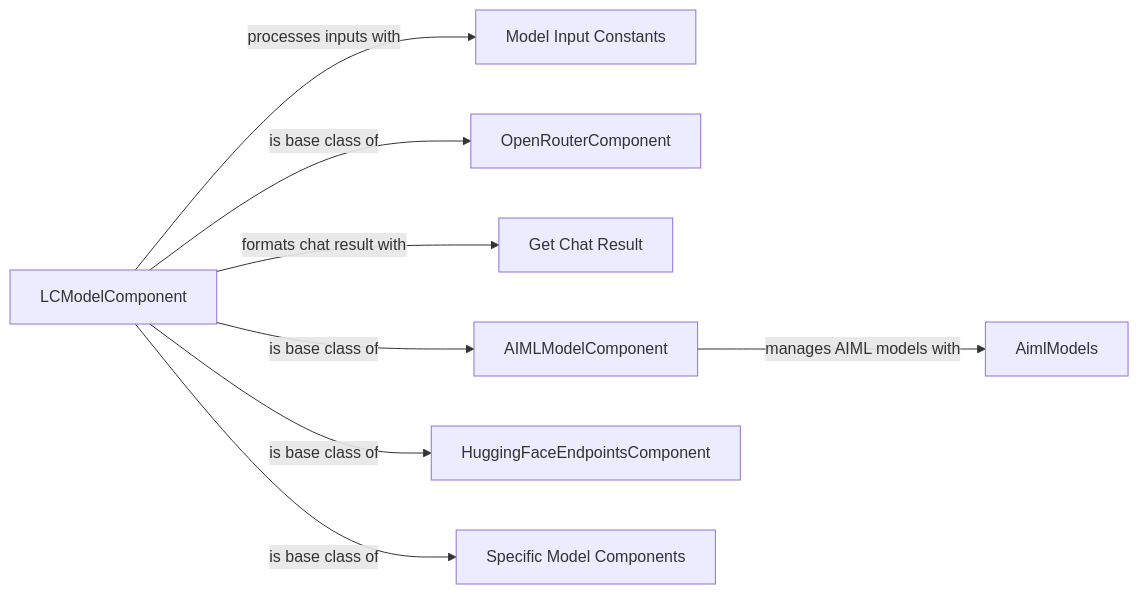
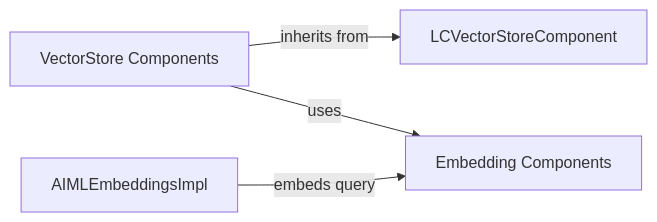
Before and after one commit to CodeBoarding/GeneratedOnBoardings: the diagram in langflow/External Resource Integration.md, drawn with Mermaid. The commit also changed other lines of this file and 14 other files, not shown here.

````diff
--- a/langflow/External Resource Integration.md
+++ b/langflow/External Resource Integration.md
@@ -1,18 +1,10 @@
 ```mermaid
 graph LR
-    LCModelComponent["LCModelComponent"]
-    Model_Input_Constants["Model Input Constants"]
-    OpenRouterComponent["OpenRouterComponent"]
-    Get_Chat_Result["Get Chat Result"]
-    AIMLModelComponent["AIMLModelComponent"]
-    AimlModels["AimlModels"]
-    HuggingFaceEndpointsComponent["HuggingFaceEndpointsComponent"]
-    Specific_Model_Components["Specific Model Components"]
-    LCModelComponent -- "is base class of" --> OpenRouterComponent
-    LCModelComponent -- "is base class of" --> AIMLModelComponent
-    LCModelComponent -- "is base class of" --> HuggingFaceEndpointsComponent
-    LCModelComponent -- "is base class of" --> Specific_Model_Components
-    LCModelComponent -- "processes inputs with" --> Model_Input_Constants
-    LCModelComponent -- "formats chat result with" --> Get_Chat_Result
-    AIMLModelComponent -- "manages AIML models with" --> AimlModels
+    LCVectorStoreComponent["LCVectorStoreComponent"]
+    VectorStore_Components["VectorStore Components"]
+    Embedding_Components["Embedding Components"]
+    AIMLEmbeddingsImpl["AIMLEmbeddingsImpl"]
+    VectorStore_Components -- "inherits from" --> LCVectorStoreComponent
+    VectorStore_Components -- "uses" --> Embedding_Components
+    AIMLEmbeddingsImpl -- "embeds query" --> Embedding_Components
 ```
````
